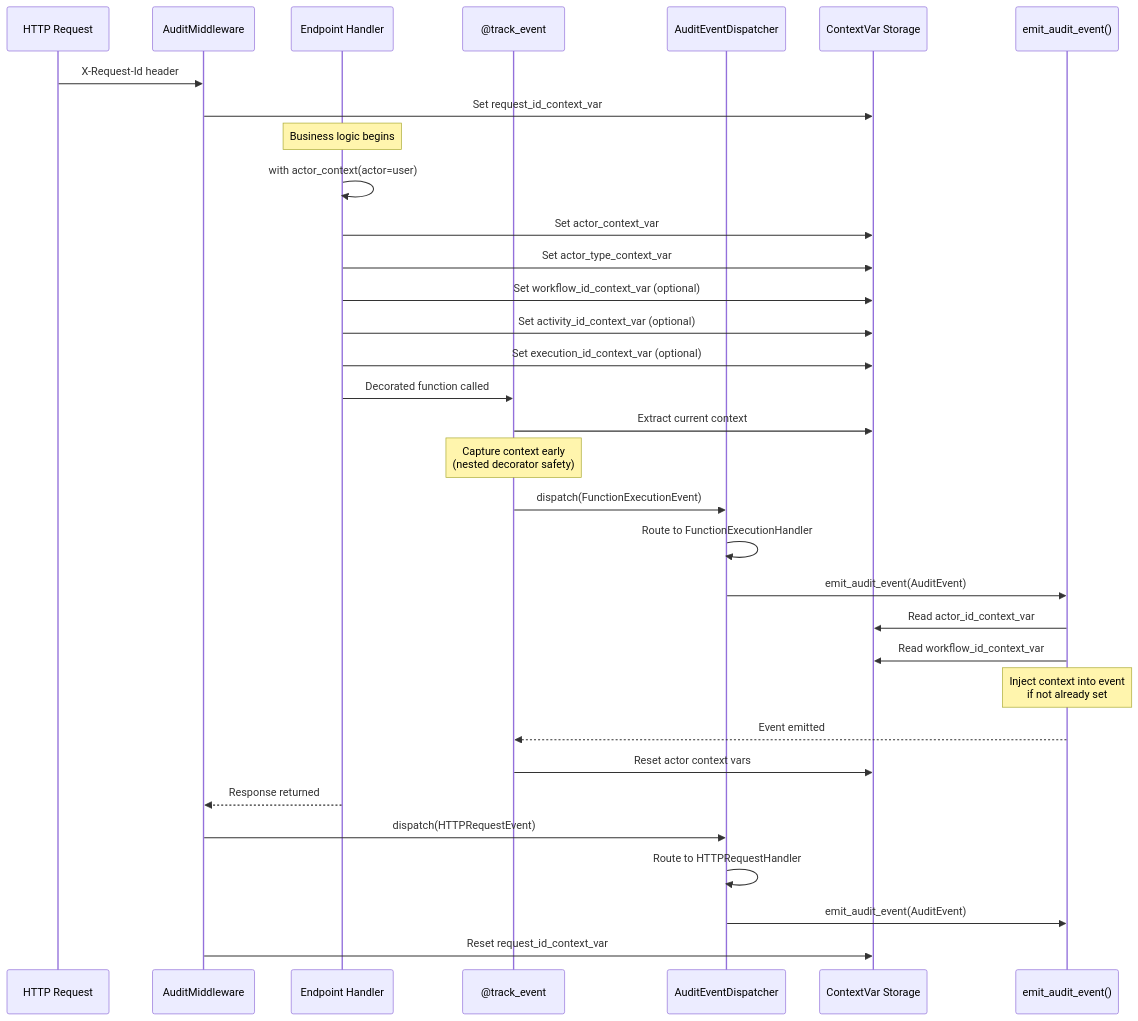
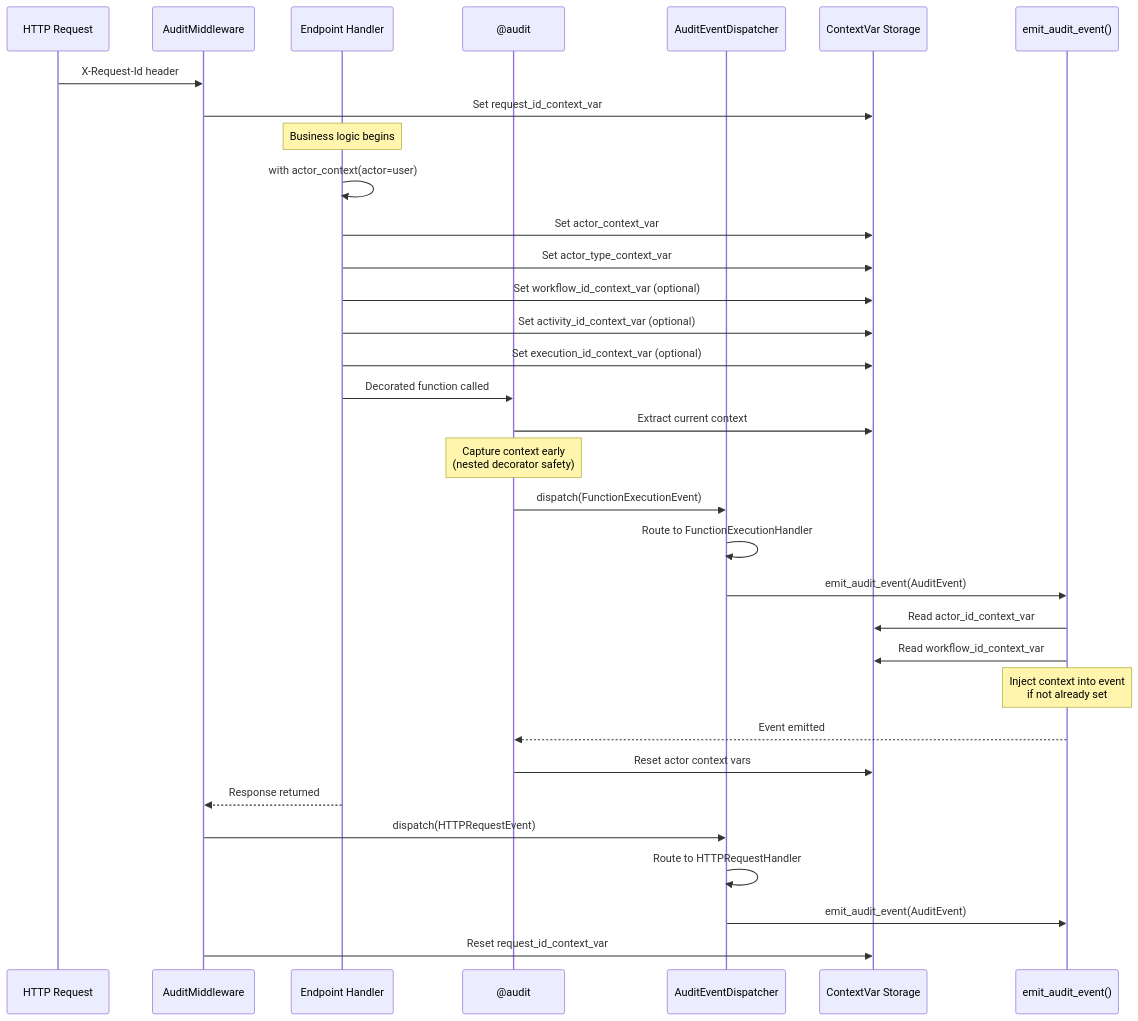
Before and after one commit to alinabuzachis/syntara: the fourth of 6 diagrams in docs/audit.md, drawn with Mermaid. The commit also changed other lines of this file and 9 other files, not shown here.

Commit message:
chore: Rename @track_event to @audit (#825)

````diff
--- a/docs/audit.md
+++ b/docs/audit.md
@@ -281,42 +281,42 @@
 ```mermaid
 sequenceDiagram
     participant Request as HTTP Request
     participant Middleware as AuditMiddleware
     participant Handler as Endpoint Handler
-    participant Decorator as @track_event
+    participant Decorator as @audit
     participant Dispatcher as AuditEventDispatcher
     participant ContextVar as ContextVar Storage
     participant Emitter as emit_audit_event()
 
     Request->>Middleware: X-Request-Id header
     Middleware->>ContextVar: Set request_id_context_var
 
     Note over Handler: Business logic begins
 
     Handler->>Handler: with actor_context(actor=user)
     Handler->>ContextVar: Set actor_context_var
     Handler->>ContextVar: Set actor_type_context_var
     Handler->>ContextVar: Set workflow_id_context_var (optional)
     Handler->>ContextVar: Set activity_id_context_var (optional)
     Handler->>ContextVar: Set execution_id_context_var (optional)
 
     Handler->>Decorator: Decorated function called
     Decorator->>ContextVar: Extract current context
     Note over Decorator: Capture context early<br/>(nested decorator safety)
     Decorator->>Dispatcher: dispatch(FunctionExecutionEvent)
     Dispatcher->>Dispatcher: Route to FunctionExecutionHandler
     Dispatcher->>Emitter: emit_audit_event(AuditEvent)
 
     Emitter->>ContextVar: Read actor_id_context_var
     Emitter->>ContextVar: Read workflow_id_context_var
     Note over Emitter: Inject context into event<br/>if not already set
 
     Emitter-->>Decorator: Event emitted
     Decorator->>ContextVar: Reset actor context vars
 
     Handler-->>Middleware: Response returned
     Middleware->>Dispatcher: dispatch(HTTPRequestEvent)
     Dispatcher->>Dispatcher: Route to HTTPRequestHandler
     Dispatcher->>Emitter: emit_audit_event(AuditEvent)
     Middleware->>ContextVar: Reset request_id_context_var
 ```
````
